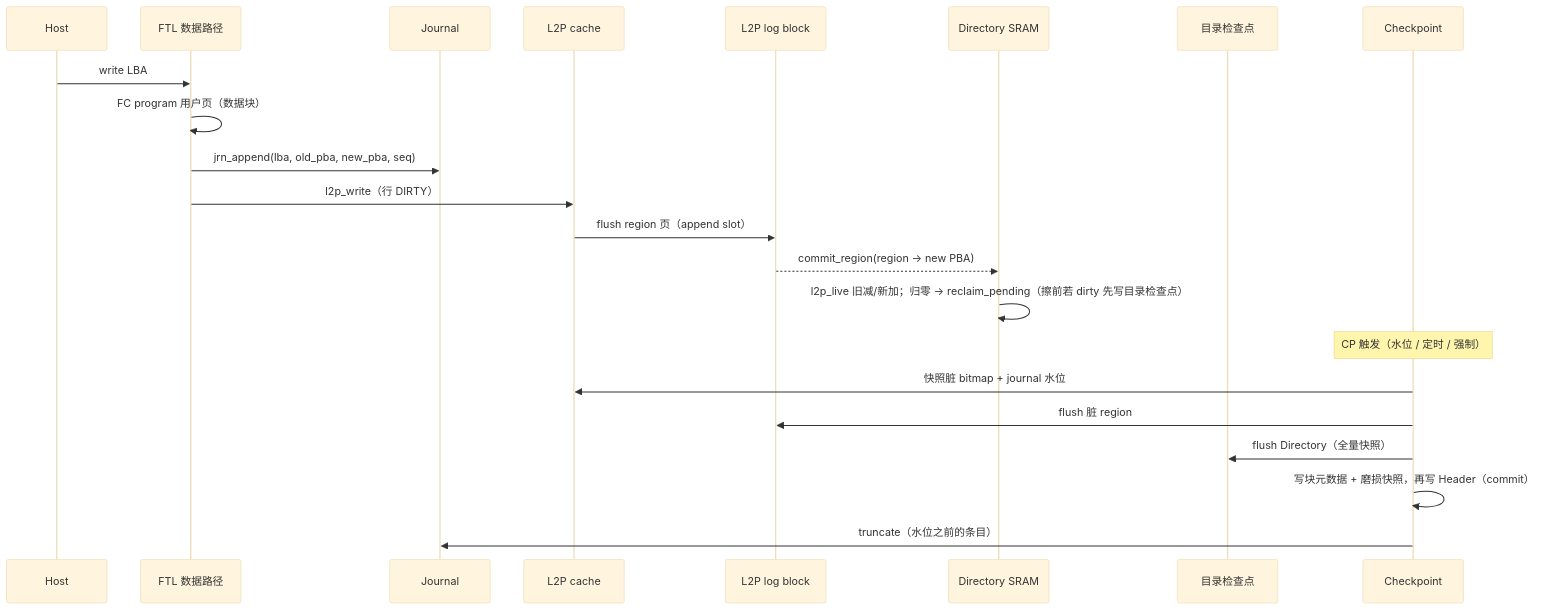
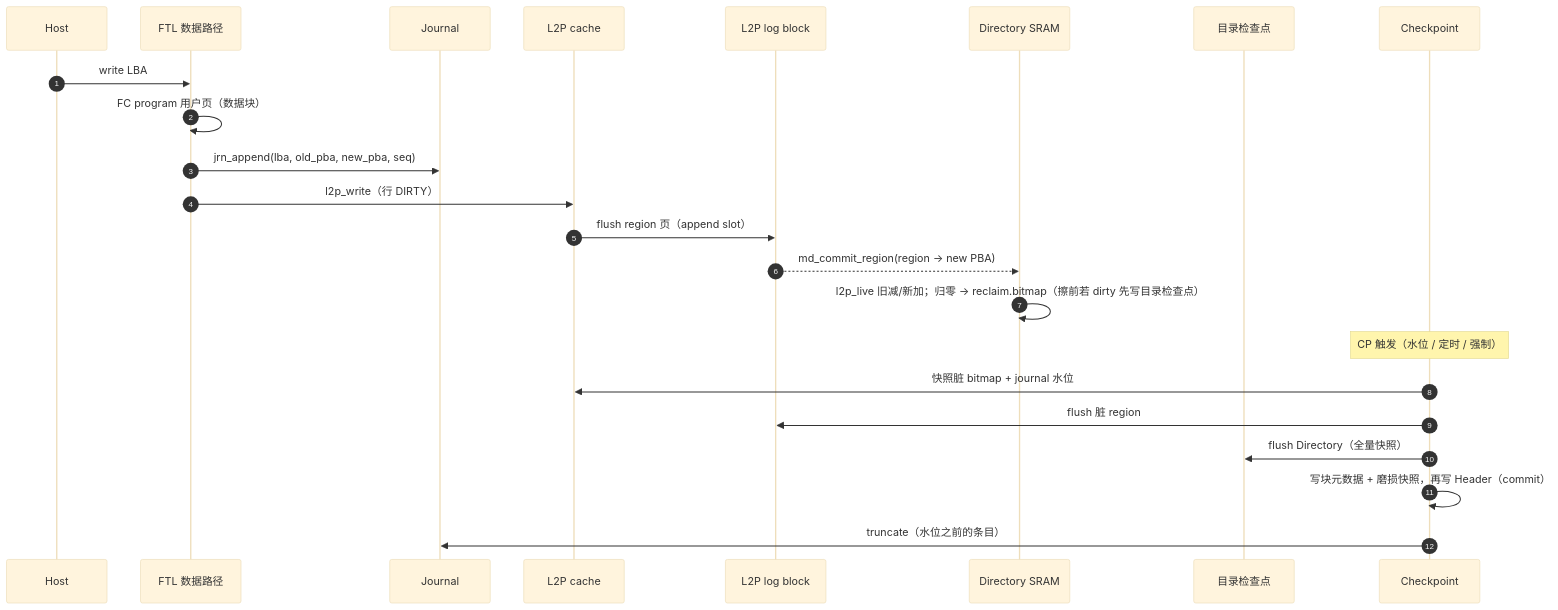
One commit to YzYMIAO/BASESSD changed diagram 11 of 50 in docs/design/ftl_design.md. Above: the diagram before and after it, drawn with Mermaid (base theme). The commit also changed other lines of this file and 42 other files, not shown here.

````diff
--- a/docs/design/ftl_design.md
+++ b/docs/design/ftl_design.md
@@ -940,24 +1011,25 @@
 ```mermaid
 sequenceDiagram
  participant H as Host
+    autonumber
  participant F as FTL 数据路径
  participant J as Journal
  participant L as L2P cache
  participant LB as L2P log block
  participant D as Directory SRAM
  participant A as 目录检查点
  participant C as Checkpoint
  H->>F: write LBA
  F->>F: FC program 用户页（数据块）
  F->>J: jrn_append(lba, old_pba, new_pba, seq)
  F->>L: l2p_write（行 DIRTY）
  L->>LB: flush region 页（append slot）
- LB-->>D: commit_region(region → new PBA)
- D->>D: l2p_live 旧减/新加；归零 → reclaim_pending（擦前若 dirty 先写目录检查点）
+ LB-->>D: md_commit_region(region → new PBA)
+ D->>D: l2p_live 旧减/新加；归零 → reclaim.bitmap（擦前若 dirty 先写目录检查点）
  Note over C: CP 触发（水位 / 定时 / 强制）
  C->>L: 快照脏 bitmap + journal 水位
  C->>LB: flush 脏 region
  C->>A: flush Directory（全量快照）
  C->>C: 写块元数据 + 磨损快照，再写 Header（commit）
  C->>J: truncate（水位之前的条目）
 ```
````
